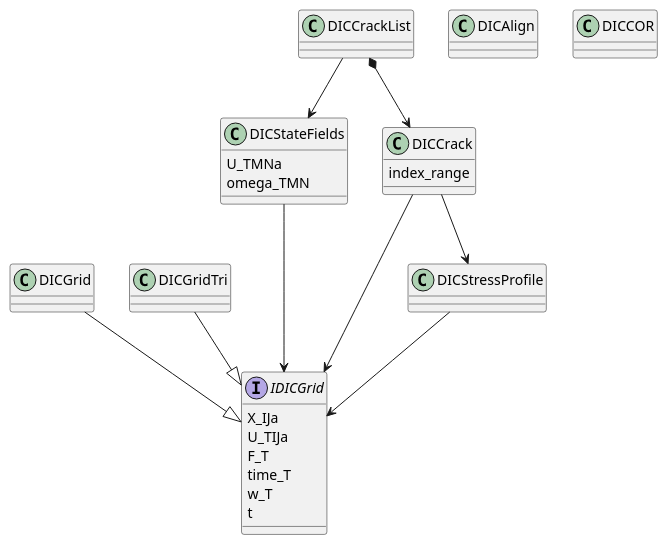
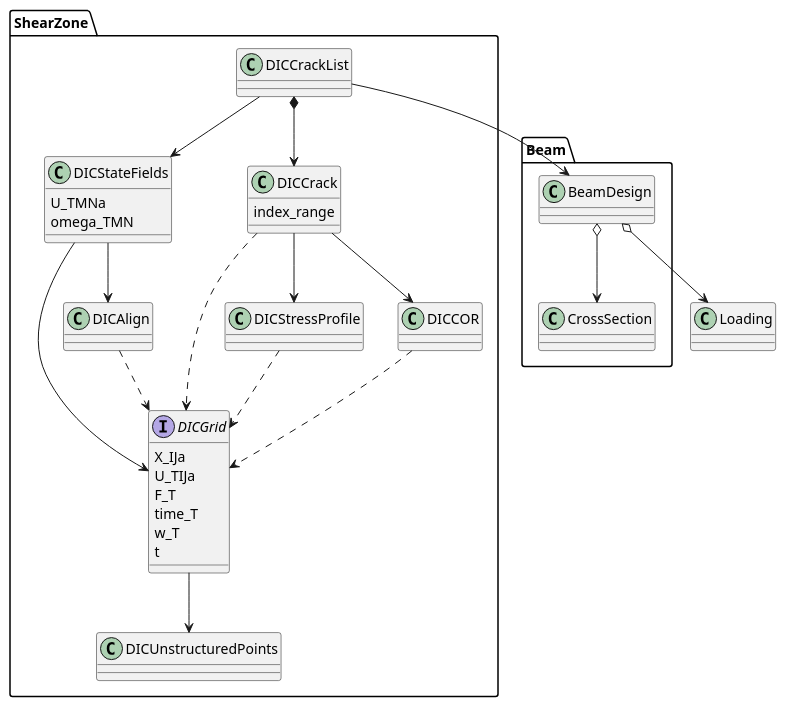
The diagram in bmcs_shear/dic_crack/class_diagram.puml (bmcs-group/bmcs_shear_zone), drawn with PlantUML before and after one commit. The commit also changed 15 other files, not shown here.

```diff
--- a/bmcs_shear/dic_crack/class_diagram.puml
+++ b/bmcs_shear/dic_crack/class_diagram.puml
@@ -1,50 +1,78 @@
 @startuml
 'https://plantuml.com/class-diagram
 
-interface IDICGrid {
+
+package Beam {
+
+
+class CrossSection {
+}
+
+class BeamDesign
+}
+
+class Loading {
+}
+
+BeamDesign o--> CrossSection
+BeamDesign o--> Loading
+
+package ShearZone {
+
+interface DICGrid {
   X_IJa
   U_TIJa
   F_T
   time_T
   w_T
   t
 }
 
-class DICGrid {
+DICCrackList --> BeamDesign
+
+class DICUnstructuredPoints {
 }
 
-DICGrid --|> IDICGrid
+'class DICGrid {
+'}
 
-class DICGridTri {
-}
-
-DICGridTri --|> IDICGrid
+DICGrid --> DICUnstructuredPoints
 
 class DICStateFields{
   U_TMNa
   omega_TMN
 }
 
-DICStateFields --> IDICGrid
+DICStateFields --> DICGrid
 
 class DICCrack {
    index_range
 }
 
 DICCrackList --> DICStateFields
 
 DICCrackList *--> DICCrack
 
-DICCrack --> IDICGrid
+DICCrack ..> DICGrid
 
 DICCrack --> DICStressProfile
-
-DICStressProfile --> IDICGrid
 
 class DICAlign{
 }
 
 class DICCOR{
 }
 
+DICCrack --> DICCOR
+
+DICStateFields --> DICAlign
+
+DICCOR ..> DICGrid
+
+DICStressProfile ..> DICGrid
+
+DICAlign ..> DICGrid
+
+}
+
 @enduml
```
